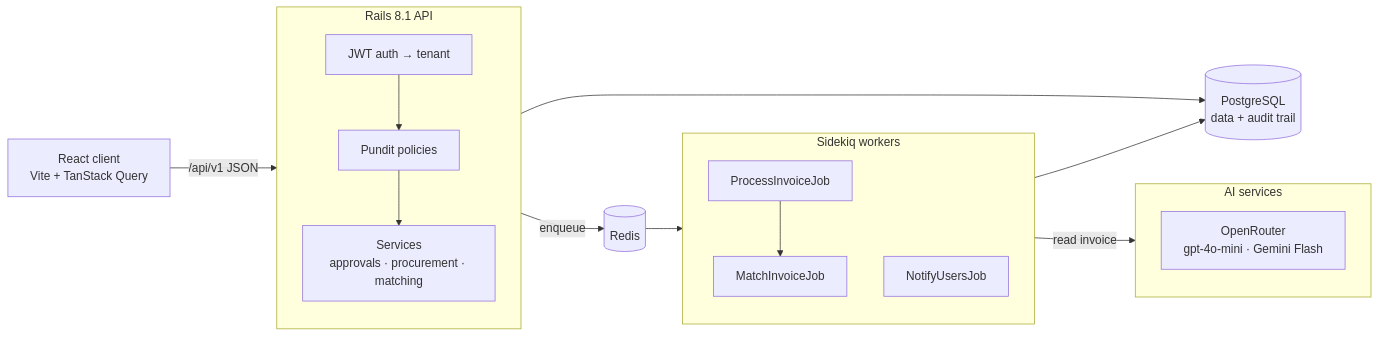
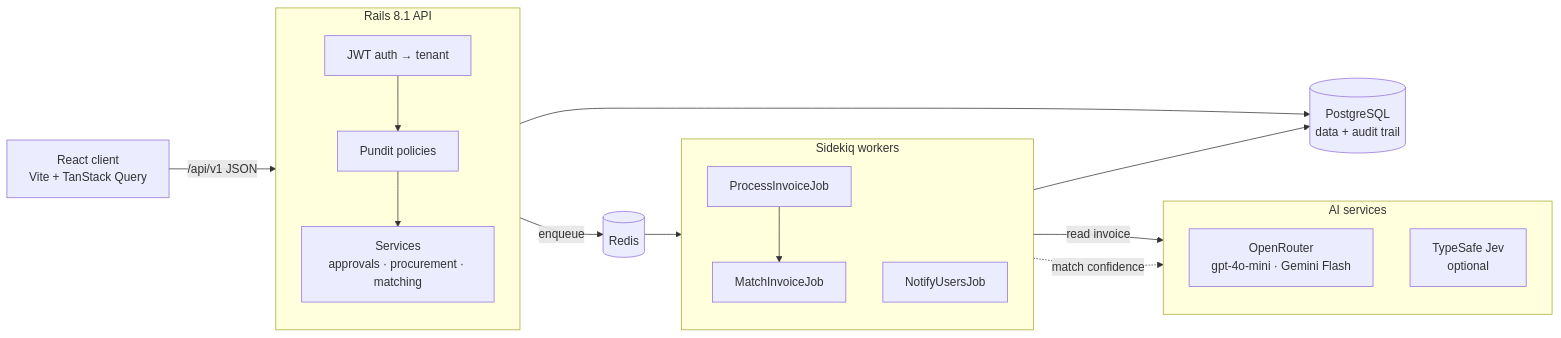
One commit to parth-kp/spendflow changed the first of 5 diagrams in README.md. Above: the diagram before and after it, drawn with Mermaid. The commit also changed other lines of this file, not shown here.

Commit message:
Document Jev match confidence in the README

````diff
--- a/README.md
+++ b/README.md
@@ -193,29 +195,31 @@
 ```mermaid
 flowchart LR
     UI["React client<br/>Vite + TanStack Query"]
 
     subgraph API["Rails 8.1 API"]
         direction TB
         Auth["JWT auth → tenant"] --> Pol["Pundit policies"] --> Svc["Services<br/>approvals · procurement · matching"]
     end
 
     PG[("PostgreSQL<br/>data + audit trail")]
     Redis[("Redis")]
 
     subgraph Jobs["Sidekiq workers"]
         direction TB
         PJ["ProcessInvoiceJob"] --> MJ["MatchInvoiceJob"]
         NJ["NotifyUsersJob"]
     end
 
     subgraph AI["AI services"]
         direction TB
         OR["OpenRouter<br/>gpt-4o-mini · Gemini Flash"]
+        Jev["TypeSafe Jev<br/>optional"]
     end
 
     UI -- "/api/v1 JSON" --> Auth
     Svc --> PG
     Svc -- enqueue --> Redis --> Jobs
     PJ -- "read invoice" --> OR
+    MJ -. "match confidence" .-> Jev
     Jobs --> PG
 ```
````
